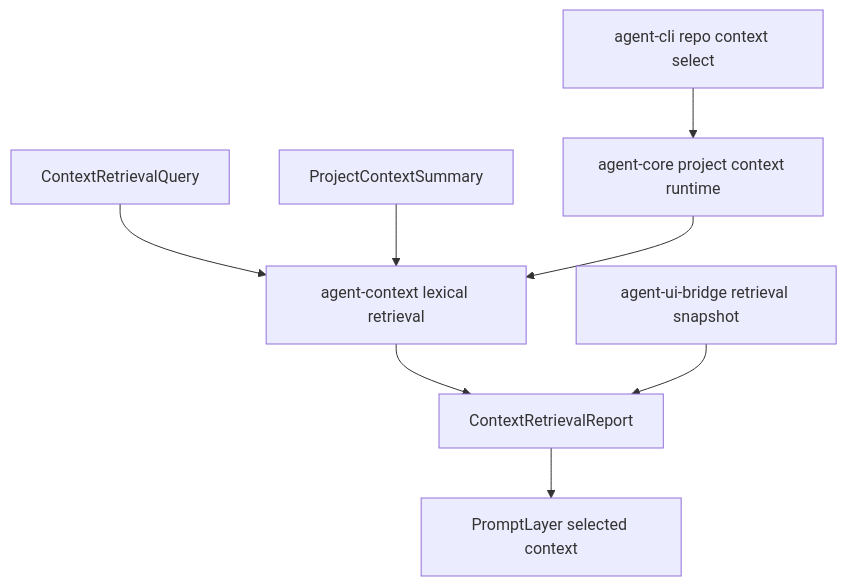
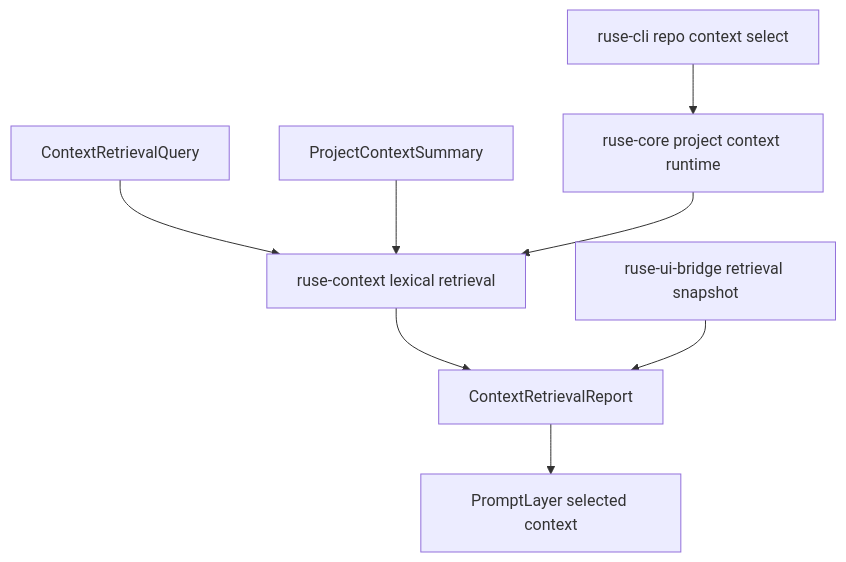
The diagram in docs/specs/M58-02-relevant-file-retrieval.spec.md (poneding/agent), drawn with Mermaid before and after one commit. The commit also changed other lines of this file and 2091 other files, not shown here.

First line of the commit message:
refactor: rename agent branding to ruse

````diff
--- a/docs/specs/M58-02-relevant-file-retrieval.spec.md
+++ b/docs/specs/M58-02-relevant-file-retrieval.spec.md
@@ -35,10 +35,10 @@
 ```mermaid
 flowchart TD
-  Task["ContextRetrievalQuery"] --> Context["agent-context lexical retrieval"]
+  Task["ContextRetrievalQuery"] --> Context["ruse-context lexical retrieval"]
   Summary["ProjectContextSummary"] --> Context
   Context --> Report["ContextRetrievalReport"]
   Report --> Prompt["PromptLayer selected context"]
-  Core["agent-core project context runtime"] --> Context
-  CLI["agent-cli repo context select"] --> Core
-  Bridge["agent-ui-bridge retrieval snapshot"] --> Report
+  Core["ruse-core project context runtime"] --> Context
+  CLI["ruse-cli repo context select"] --> Core
+  Bridge["ruse-ui-bridge retrieval snapshot"] --> Report
 ```
````
